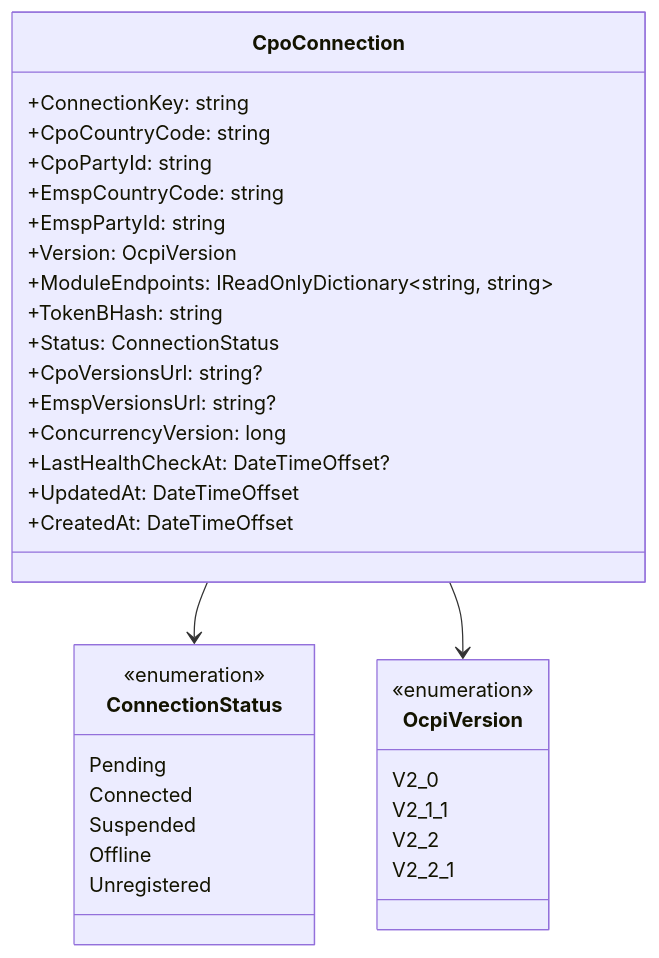
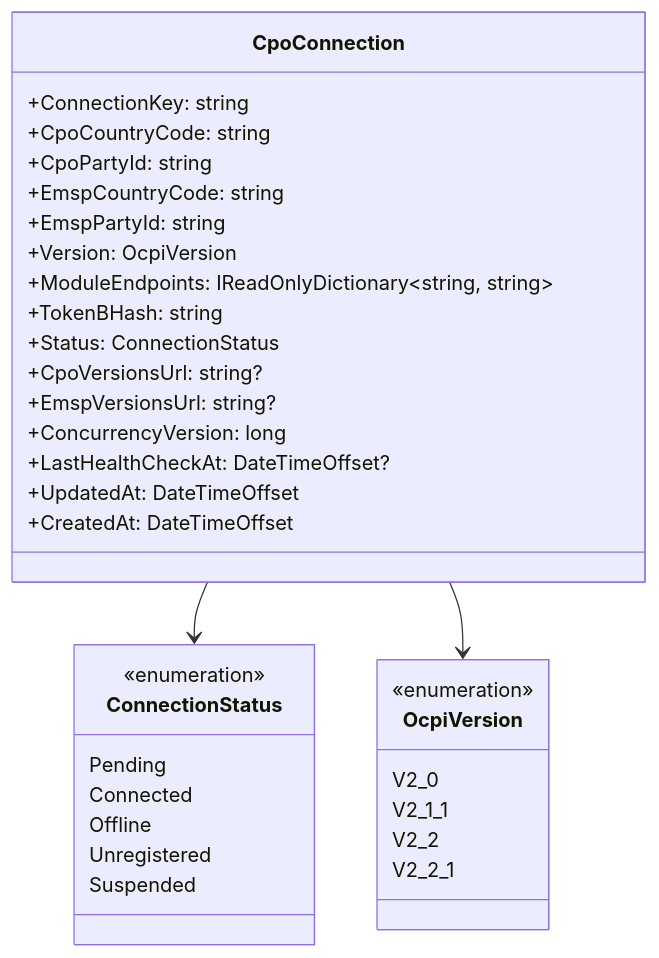
The first of 13 diagrams in docs/cpo-registry.md (hannan-m/DotOcpi), drawn with Mermaid before and after one commit. The commit also changed other lines of this file, not shown here.

````diff
--- a/docs/cpo-registry.md
+++ b/docs/cpo-registry.md
@@ -21,40 +21,40 @@
 ```mermaid
 classDiagram
     class CpoConnection {
         +ConnectionKey: string
         +CpoCountryCode: string
         +CpoPartyId: string
         +EmspCountryCode: string
         +EmspPartyId: string
         +Version: OcpiVersion
         +ModuleEndpoints: IReadOnlyDictionary~string, string~
         +TokenBHash: string
         +Status: ConnectionStatus
         +CpoVersionsUrl: string?
         +EmspVersionsUrl: string?
         +ConcurrencyVersion: long
         +LastHealthCheckAt: DateTimeOffset?
         +UpdatedAt: DateTimeOffset
         +CreatedAt: DateTimeOffset
     }
 
     class ConnectionStatus {
         <<enumeration>>
         Pending
         Connected
-        Suspended
         Offline
         Unregistered
+        Suspended
     }
 
     class OcpiVersion {
         <<enumeration>>
         V2_0
         V2_1_1
         V2_2
         V2_2_1
     }
 
     CpoConnection --> ConnectionStatus
     CpoConnection --> OcpiVersion
 ```
````
